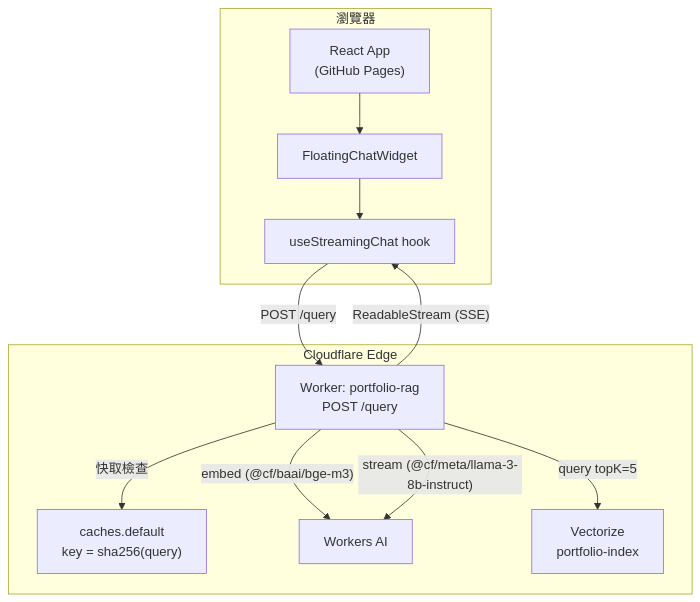
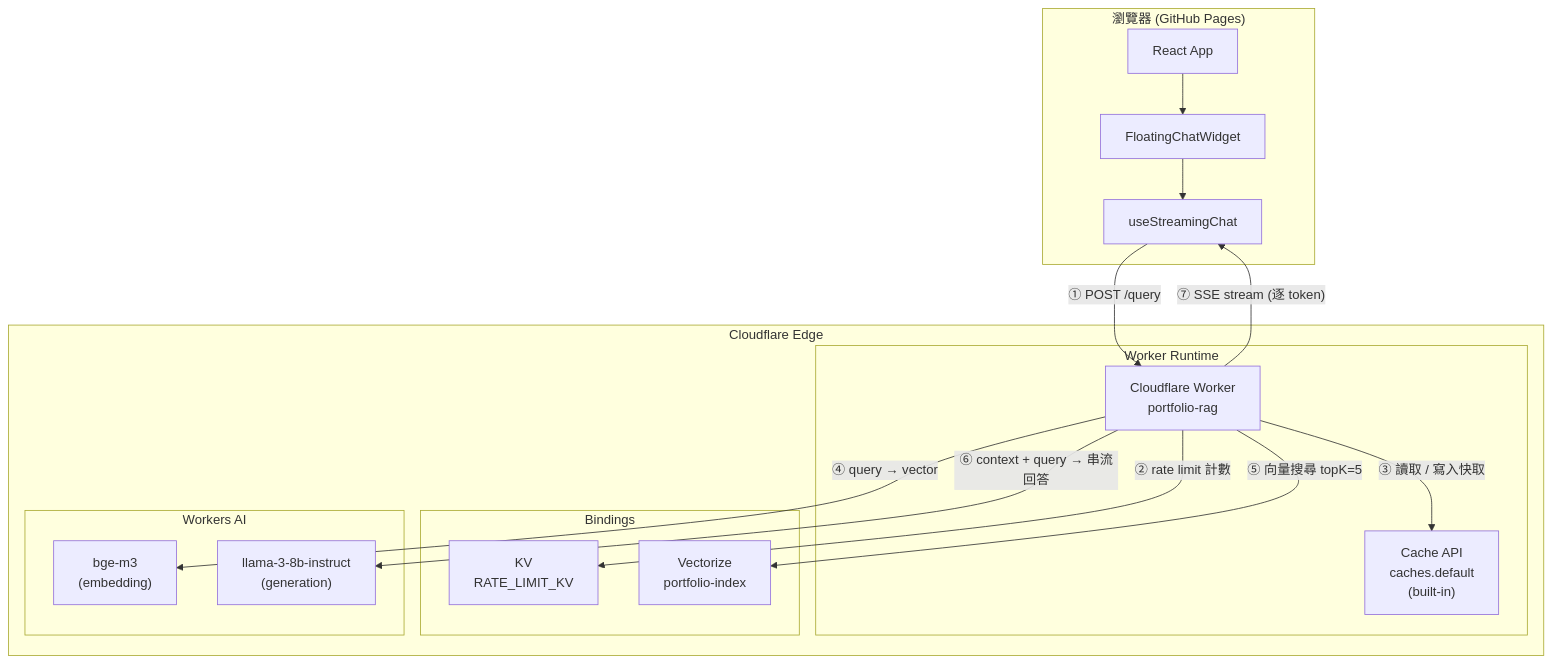
Before and after one commit to a920604a/self-reusme-website: the first of 7 diagrams in docs/architecture.md, drawn with Mermaid. The commit also changed other lines of this file, not shown here.

Commit message:
rag docs

````diff
--- a/docs/architecture.md
+++ b/docs/architecture.md
@@ -7,24 +7,35 @@
 ```mermaid
 graph TB
-    subgraph Browser["瀏覽器"]
-        UI["React App\n(GitHub Pages)"]
+    subgraph Browser["瀏覽器 (GitHub Pages)"]
+        UI["React App"]
         Widget["FloatingChatWidget"]
-        Hook["useStreamingChat hook"]
+        Hook["useStreamingChat"]
         UI --> Widget --> Hook
     end
 
     subgraph CF["Cloudflare Edge"]
-        Worker["Worker: portfolio-rag\nPOST /query"]
-        Cache["caches.default\nkey = sha256(query)"]
-        AI["Workers AI"]
-        VZ["Vectorize\nportfolio-index"]
+        subgraph Runtime["Worker Runtime"]
+            Worker["Cloudflare Worker\nportfolio-rag"]
+            Cache["Cache API\ncaches.default\n(built-in)"]
+            Worker -- "③ 讀取 / 寫入快取" --> Cache
+        end
 
-        Worker -- "快取檢查" --> Cache
-        Worker -- "embed (@cf/baai/bge-m3)" --> AI
-        Worker -- "query topK=5" --> VZ
-        Worker -- "stream (@cf/meta/llama-3-8b-instruct)" --> AI
+        subgraph Bindings["Bindings"]
+            KV["KV\nRATE_LIMIT_KV"]
+            VZ["Vectorize\nportfolio-index"]
+        end
+
+        subgraph AIService["Workers AI"]
+            Embed["bge-m3\n(embedding)"]
+            LLM["llama-3-8b-instruct\n(generation)"]
+        end
+
+        Worker -- "② rate limit 計數" --> KV
+        Worker -- "⑤ 向量搜尋 topK=5" --> VZ
+        Worker -- "④ query → vector" --> Embed
+        Worker -- "⑥ context + query → 串流回答" --> LLM
     end
 
-    Hook -- "POST /query" --> Worker
-    Worker -- "ReadableStream (SSE)" --> Hook
+    Hook -- "① POST /query" --> Worker
+    Worker -- "⑦ SSE stream (逐 token)" --> Hook
 ```
````
